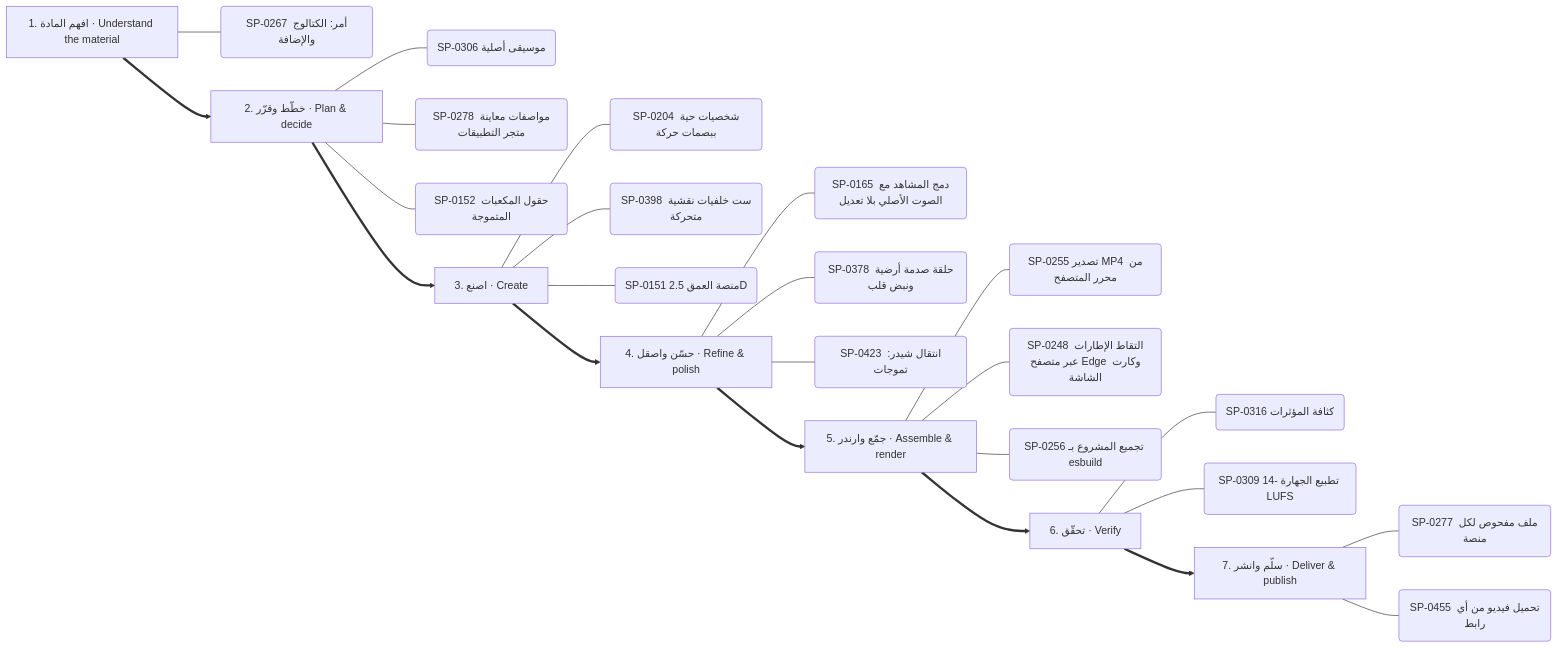
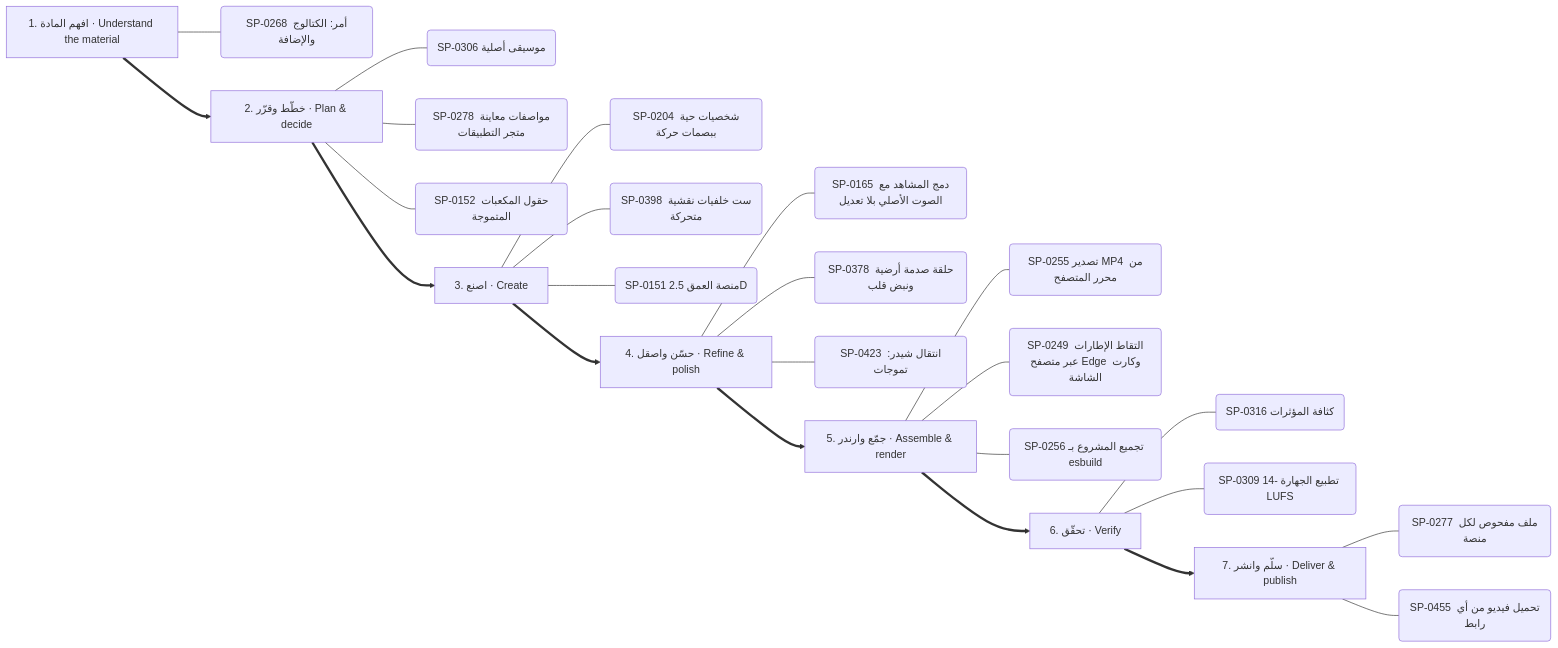
One commit to kosif199022-jpg/kosif-tool changed the fourth of 13 diagrams in .claude/skills/kosif-superpowers/references/capability-mindmap.md. Above: the diagram before and after it, drawn with Mermaid. The commit also changed other lines of this file and 98 other files, not shown here.

````diff
--- a/.claude/skills/kosif-superpowers/references/capability-mindmap.md
+++ b/.claude/skills/kosif-superpowers/references/capability-mindmap.md
@@ -225,33 +225,33 @@
 ```mermaid
 flowchart LR
   S0["1. افهم المادة · Understand the material"]
-  S0 --- S0_0("SP-0267 أمر: الكتالوج والإضافة")
+  S0 --- S0_0("SP-0268 أمر: الكتالوج والإضافة")
   S1["2. خطّط وقرّر · Plan & decide"]
   S1 --- S1_0("SP-0306 موسيقى أصلية")
   S1 --- S1_1("SP-0278 مواصفات معاينة متجر التطبيقات")
   S1 --- S1_2("SP-0152 حقول المكعبات المتموجة")
   S0 ==> S1
   S2["3. اصنع · Create"]
   S2 --- S2_0("SP-0204 شخصيات حية ببصمات حركة")
   S2 --- S2_1("SP-0398 ست خلفيات نقشية متحركة")
   S2 --- S2_2("SP-0151 منصة العمق 2.5D")
   S1 ==> S2
   S3["4. حسّن واصقل · Refine & polish"]
   S3 --- S3_0("SP-0165 دمج المشاهد مع الصوت الأصلي بلا تعديل")
   S3 --- S3_1("SP-0378 حلقة صدمة أرضية ونبض قلب")
   S3 --- S3_2("SP-0423 انتقال شيدر: تموجات")
   S2 ==> S3
   S4["5. جمّع وارندر · Assemble & render"]
   S4 --- S4_0("SP-0255 تصدير MP4 من محرر المتصفح")
-  S4 --- S4_1("SP-0248 التقاط الإطارات عبر متصفح Edge وكارت الشاشة")
+  S4 --- S4_1("SP-0249 التقاط الإطارات عبر متصفح Edge وكارت الشاشة")
   S4 --- S4_2("SP-0256 تجميع المشروع بـ esbuild")
   S3 ==> S4
   S5["6. تحقّق · Verify"]
   S5 --- S5_0("SP-0316 كثافة المؤثرات")
   S5 --- S5_1("SP-0309 تطبيع الجهارة -14 LUFS")
   S4 ==> S5
   S6["7. سلّم وانشر · Deliver & publish"]
   S6 --- S6_0("SP-0277 ملف مفحوص لكل منصة")
   S6 --- S6_1("SP-0455 تحميل فيديو من أي رابط")
   S5 ==> S6
 ```
````
